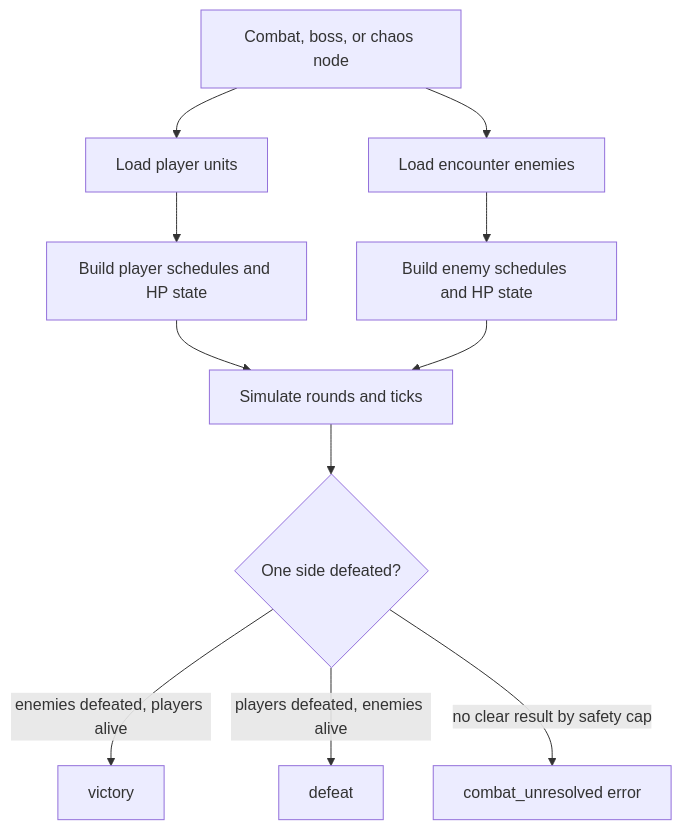
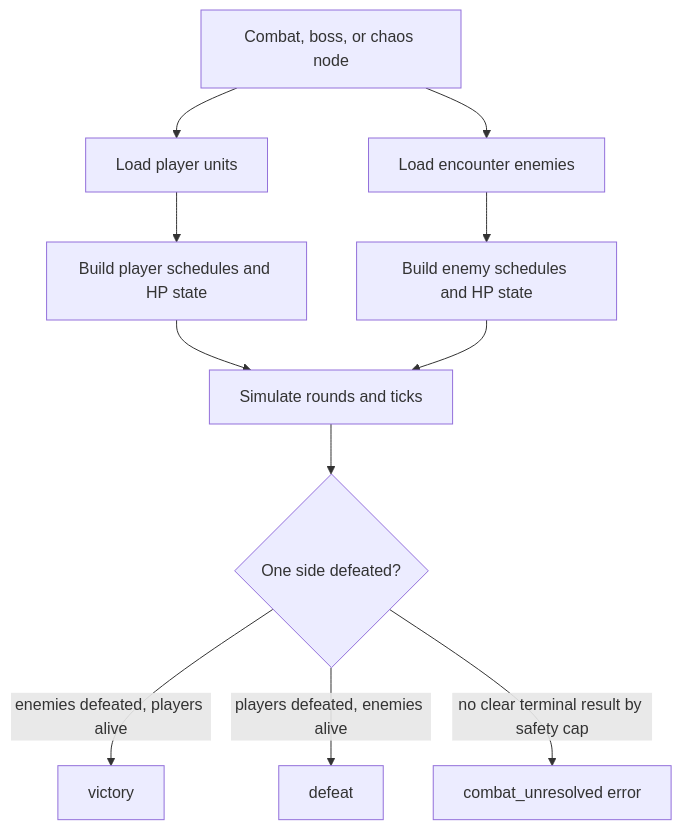
Before and after one commit to NickGrant/DiceGoblin: the second of 3 diagrams in documentation/02-systems/combat-resolution.md, drawn with Mermaid. The commit also changed other lines of this file, not shown here.

Commit message:
docs: restore affix-based combat dice resolution

````diff
--- a/documentation/02-systems/combat-resolution.md
+++ b/documentation/02-systems/combat-resolution.md
@@ -66,13 +64,13 @@
 ```mermaid
 flowchart TD
   A[Combat, boss, or chaos node] --> B[Load player units]
   A --> C[Load encounter enemies]
   B --> D[Build player schedules and HP state]
   C --> E[Build enemy schedules and HP state]
   D --> F[Simulate rounds and ticks]
   E --> F
   F --> G{One side defeated?}
   G -- enemies defeated, players alive --> H[victory]
   G -- players defeated, enemies alive --> I[defeat]
-  G -- no clear result by safety cap --> J[combat_unresolved error]
+  G -- no clear terminal result by safety cap --> J[combat_unresolved error]
 ```
````
